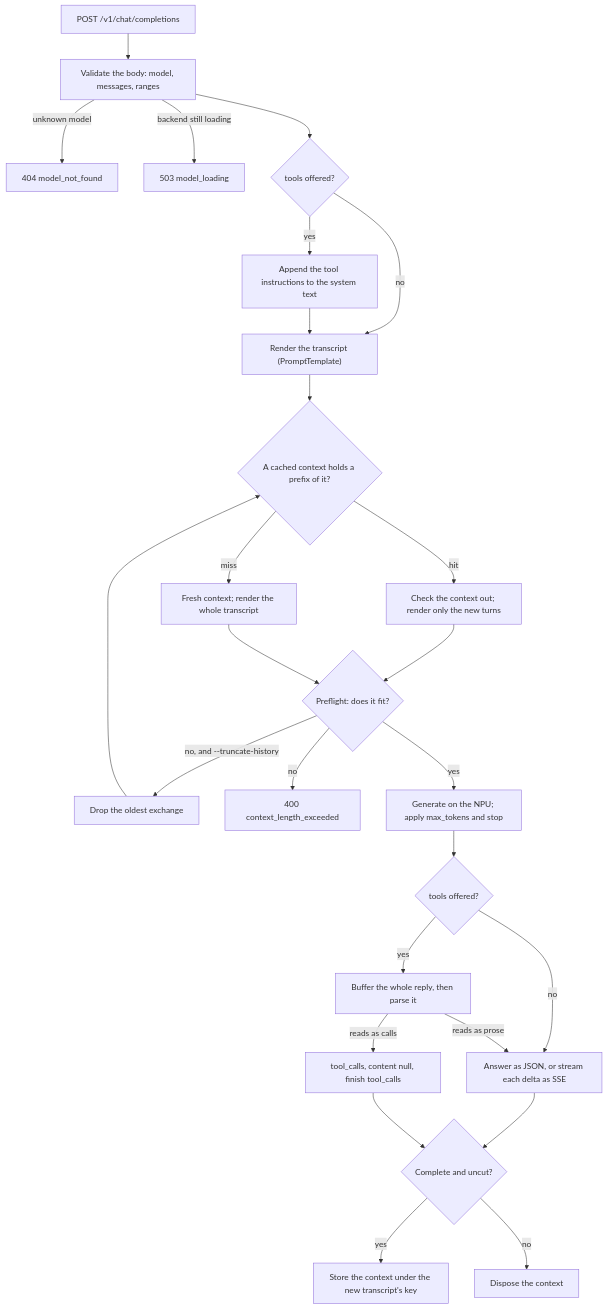
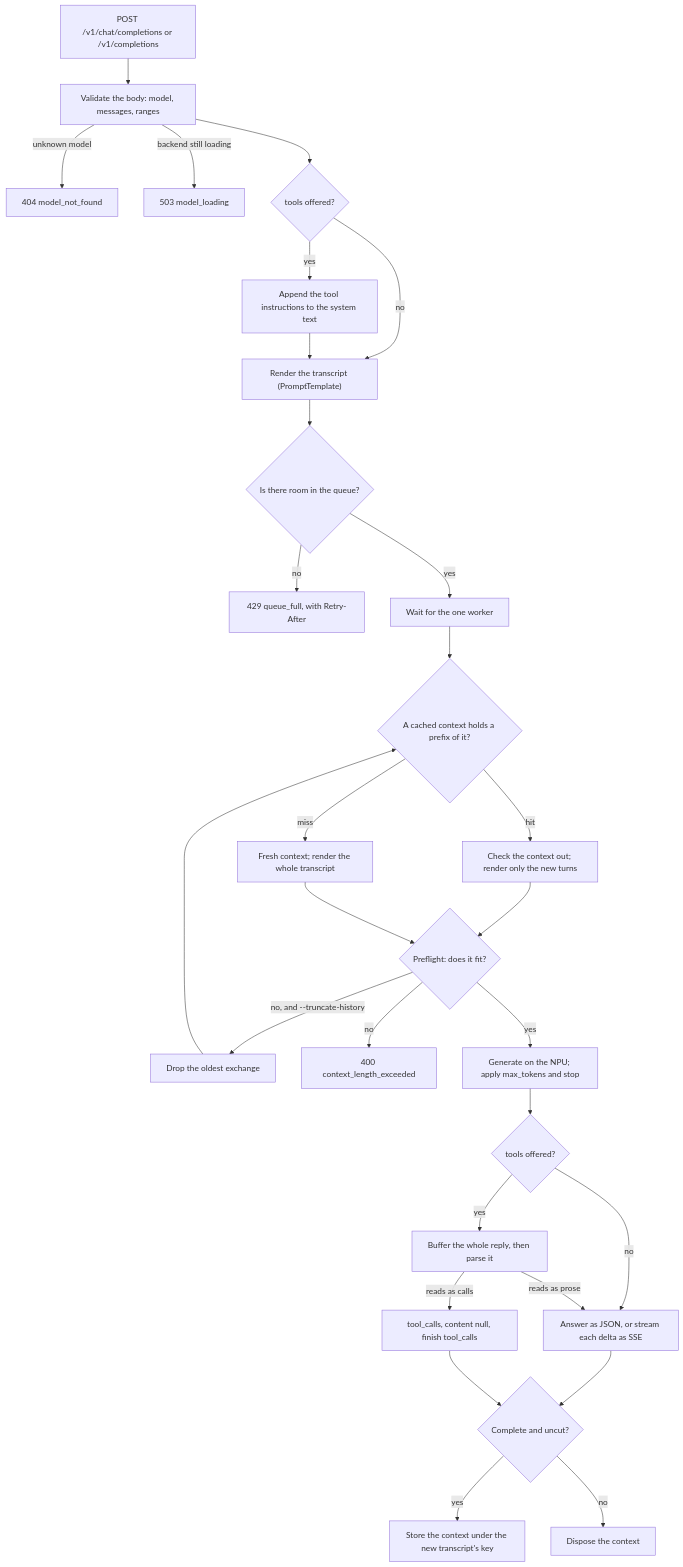
One commit to ookla-ariel-ride/Phi-Silica-OpenAI changed the first of 2 diagrams in README.md. Above: the diagram before and after it, drawn with Mermaid. The commit also changed other lines of this file, not shown here.

````diff
--- a/README.md
+++ b/README.md
@@ -109,27 +110,30 @@
 ```mermaid
 flowchart TD
-    A["POST /v1/chat/completions"] --> B["Validate the body: model, messages, ranges"]
+    A["POST /v1/chat/completions or /v1/completions"] --> B["Validate the body: model, messages, ranges"]
     B -->|"unknown model"| E404["404 model_not_found"]
     B -->|"backend still loading"| E503["503 model_loading"]
     B --> C{"tools offered?"}
     C -->|"yes"| C1["Append the tool instructions to the system text"]
     C -->|"no"| D
     C1 --> D["Render the transcript (PromptTemplate)"]
-    D --> F{"A cached context holds a prefix of it?"}
+    D --> S{"Is there room in the queue?"}
+    S -->|"no"| E429["429 queue_full, with Retry-After"]
+    S -->|"yes"| W["Wait for the one worker"]
+    W --> F{"A cached context holds a prefix of it?"}
     F -->|"hit"| G["Check the context out; render only the new turns"]
     F -->|"miss"| H["Fresh context; render the whole transcript"]
     G --> I{"Preflight: does it fit?"}
     H --> I
     I -->|"no, and --truncate-history"| J["Drop the oldest exchange"] --> F
     I -->|"no"| E400["400 context_length_exceeded"]
     I -->|"yes"| K["Generate on the NPU; apply max_tokens and stop"]
     K --> N{"tools offered?"}
     N -->|"no"| P["Answer as JSON, or stream each delta as SSE"]
     N -->|"yes"| O["Buffer the whole reply, then parse it"]
     O -->|"reads as calls"| Q["tool_calls, content null, finish tool_calls"]
     O -->|"reads as prose"| P
     P --> R{"Complete and uncut?"}
     Q --> R
     R -->|"yes"| L["Store the context under the new transcript's key"]
     R -->|"no"| M["Dispose the context"]
 ```
````
